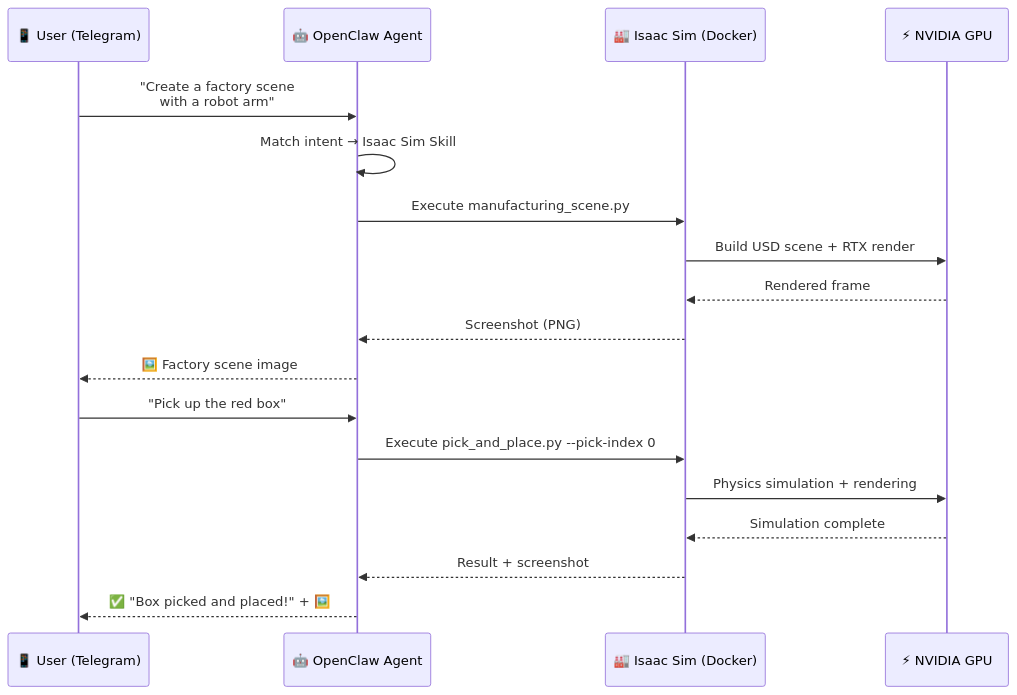
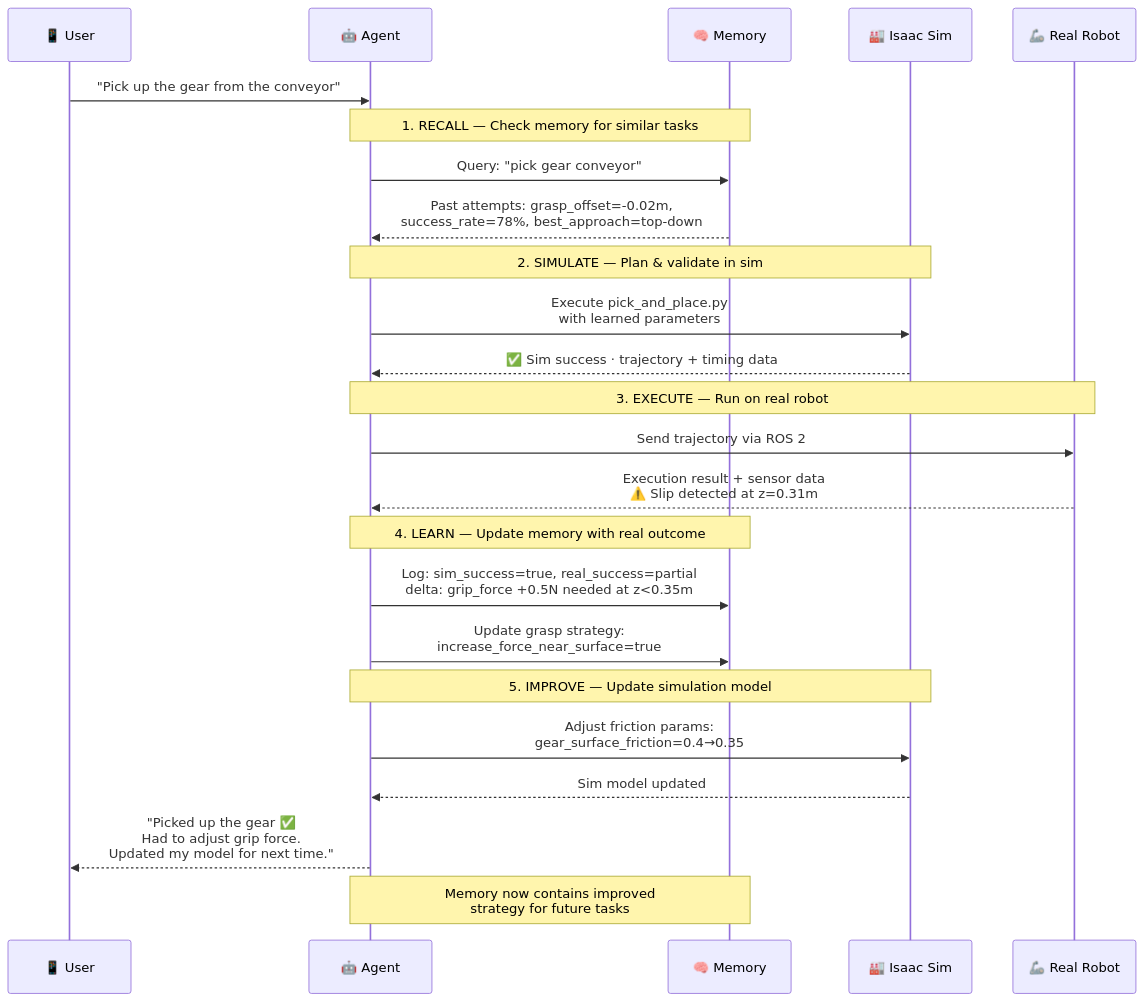
Before and after one commit to ddynwzh1992/Self-improving-Physical-AI: the third of 3 diagrams in README.md, drawn with Mermaid. The commit also changed other lines of this file and 1 other file, not shown here.

First line of the commit message:
Add Sim2Real architecture, agent memory system, and self-improving loop

````diff
--- a/README.md
+++ b/README.md
@@ -55,22 +111,34 @@
 ```mermaid
 sequenceDiagram
-    participant U as 📱 User (Telegram)
-    participant A as 🤖 OpenClaw Agent
-    participant I as 🏭 Isaac Sim (Docker)
-    participant G as ⚡ NVIDIA GPU
+    participant U as 📱 User
+    participant A as 🤖 Agent
+    participant M as 🧠 Memory
+    participant S as 🏭 Isaac Sim
+    participant R as 🦾 Real Robot
 
-    U->>A: "Create a factory scene<br/>with a robot arm"
-    A->>A: Match intent → Isaac Sim Skill
-    A->>I: Execute manufacturing_scene.py
-    I->>G: Build USD scene + RTX render
-    G-->>I: Rendered frame
-    I-->>A: Screenshot (PNG)
-    A-->>U: 🖼️ Factory scene image
+    U->>A: "Pick up the gear from the conveyor"
 
-    U->>A: "Pick up the red box"
-    A->>I: Execute pick_and_place.py --pick-index 0
-    I->>G: Physics simulation + rendering
-    G-->>I: Simulation complete
-    I-->>A: Result + screenshot
-    A-->>U: ✅ "Box picked and placed!" + 🖼️
+    Note over A,M: 1. RECALL — Check memory for similar tasks
+    A->>M: Query: "pick gear conveyor"
+    M-->>A: Past attempts: grasp_offset=-0.02m,<br/>success_rate=78%, best_approach=top-down
+
+    Note over A,S: 2. SIMULATE — Plan & validate in sim
+    A->>S: Execute pick_and_place.py<br/>with learned parameters
+    S-->>A: ✅ Sim success · trajectory + timing data
+
+    Note over A,R: 3. EXECUTE — Run on real robot
+    A->>R: Send trajectory via ROS 2
+    R-->>A: Execution result + sensor data<br/>⚠️ Slip detected at z=0.31m
+
+    Note over A,M: 4. LEARN — Update memory with real outcome
+    A->>M: Log: sim_success=true, real_success=partial<br/>delta: grip_force +0.5N needed at z<0.35m
+    A->>M: Update grasp strategy:<br/>increase_force_near_surface=true
+
+    Note over A,S: 5. IMPROVE — Update simulation model
+    A->>S: Adjust friction params:<br/>gear_surface_friction=0.4→0.35
+    S-->>A: Sim model updated
+
+    A-->>U: "Picked up the gear ✅<br/>Had to adjust grip force.<br/>Updated my model for next time."
+
+    Note over A,M: Memory now contains improved<br/>strategy for future tasks
 ```
````
